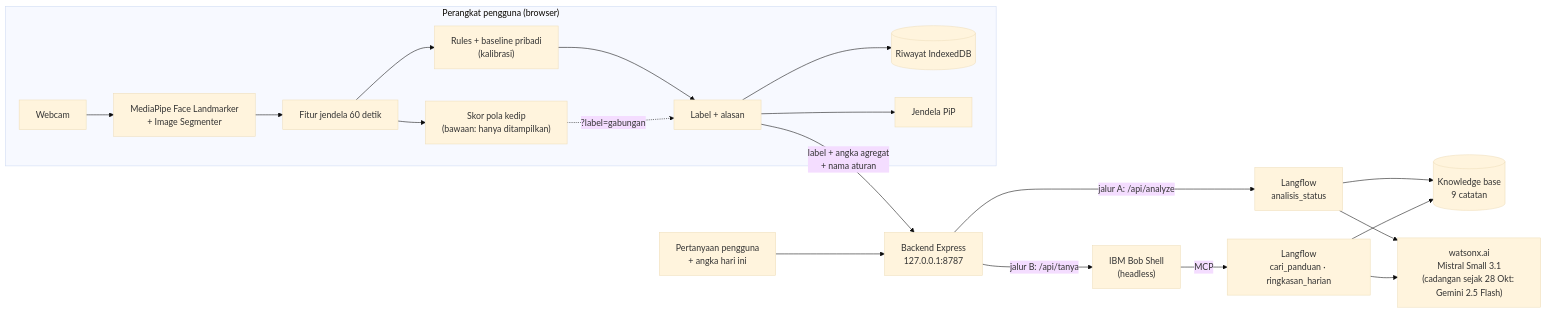
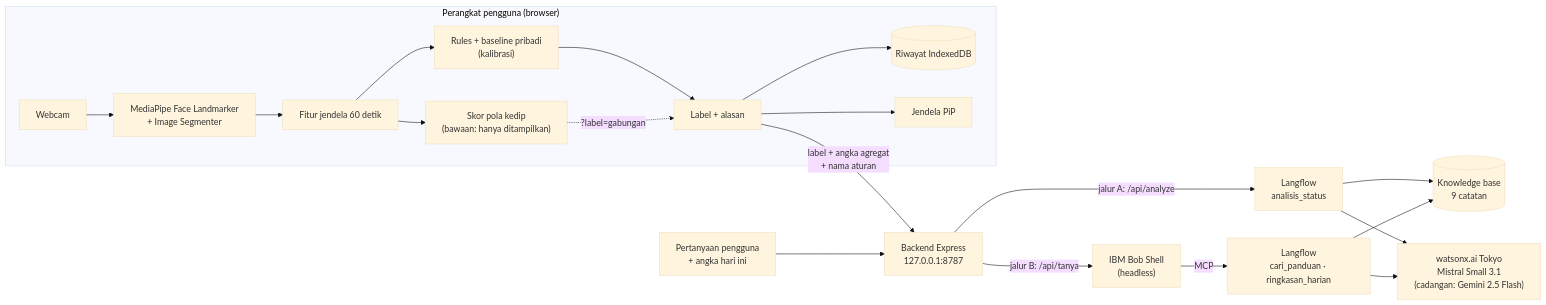
The diagram in README.md (yayangacor/Equilibre), drawn with Mermaid (base theme) before and after one commit. The commit also changed other lines of this file, not shown here.

First line of the commit message:
docs(readme): active model is watsonx Tokyo, Gemini 2.5 Flash is the per-request fallback

````diff
--- a/README.md
+++ b/README.md
@@ -22,22 +22,22 @@
 ```mermaid
 flowchart LR
   subgraph device["Perangkat pengguna (browser)"]
     cam["Webcam"] --> mp["MediaPipe Face Landmarker<br/>+ Image Segmenter"]
     mp --> feat["Fitur jendela 60 detik"]
     feat --> rules["Rules + baseline pribadi<br/>(kalibrasi)"]
     rules --> label["Label + alasan"]
     feat --> blink["Skor pola kedip<br/>(bawaan: hanya ditampilkan)"]
     blink -. "?label=gabungan" .-> label
     label --> db[("Riwayat IndexedDB")]
     label --> pip["Jendela PiP"]
   end
   label -- "label + angka agregat<br/>+ nama aturan" --> api["Backend Express<br/>127.0.0.1:8787"]
   ask["Pertanyaan pengguna<br/>+ angka hari ini"] --> api
   api -- "jalur A: /api/analyze" --> fa["Langflow<br/>analisis_status"]
   api -- "jalur B: /api/tanya" --> bob["IBM Bob Shell<br/>(headless)"]
   bob -- "MCP" --> fb["Langflow<br/>cari_panduan · ringkasan_harian"]
   fa --> kb[("Knowledge base<br/>9 catatan")]
   fb --> kb
-  fa --> llm["watsonx.ai<br/>Mistral Small 3.1<br/>(cadangan sejak 28 Okt: Gemini 2.5 Flash)"]
+  fa --> llm["watsonx.ai Tokyo<br/>Mistral Small 3.1<br/>(cadangan: Gemini 2.5 Flash)"]
   fb --> llm
 ```
````
